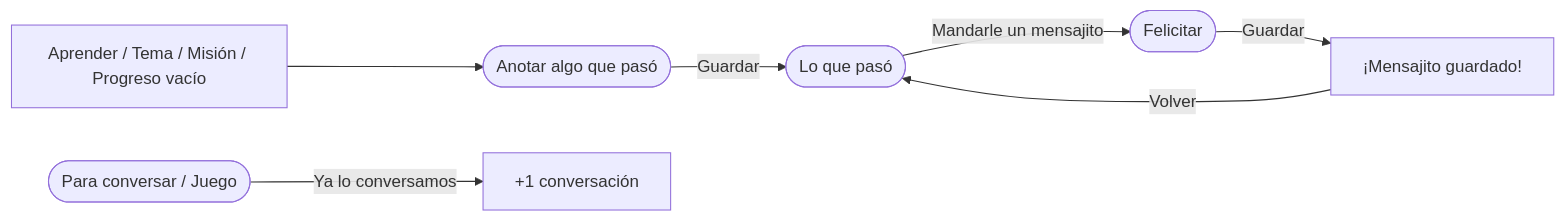
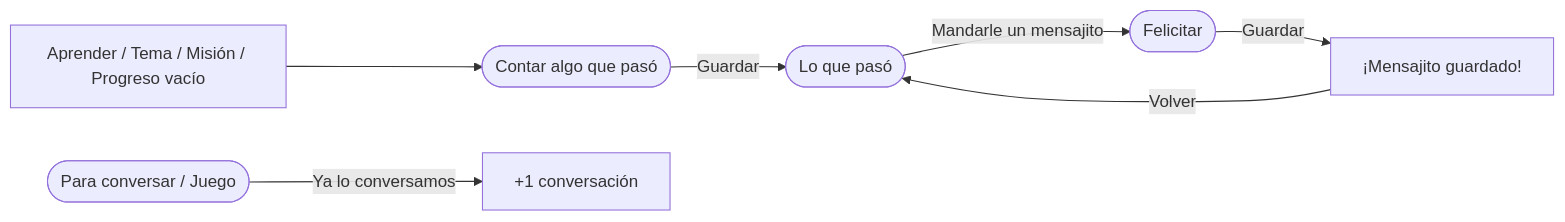
Before and after one commit to renzovallejo/alcanciacambios: the fifth of 6 diagrams in scripts/handoff/docs/02-especificacion/flujos.md, drawn with Mermaid. The commit also changed other lines of this file and 18 other files, not shown here.

````diff
--- a/scripts/handoff/docs/02-especificacion/flujos.md
+++ b/scripts/handoff/docs/02-especificacion/flujos.md
@@ -99,8 +99,8 @@
 ```mermaid
 flowchart LR
-  X[Aprender / Tema / Misión / Progreso vacío] --> N([Anotar algo que pasó])
+  X[Aprender / Tema / Misión / Progreso vacío] --> N([Contar algo que pasó])
   N -->|Guardar| D([Lo que pasó])
   D -->|Mandarle un mensajito| F([Felicitar])
   F -->|Guardar| OK[¡Mensajito guardado!] -->|Volver| D
   G([Para conversar / Juego]) -->|Ya lo conversamos| C[+1 conversación]
 ```
````
